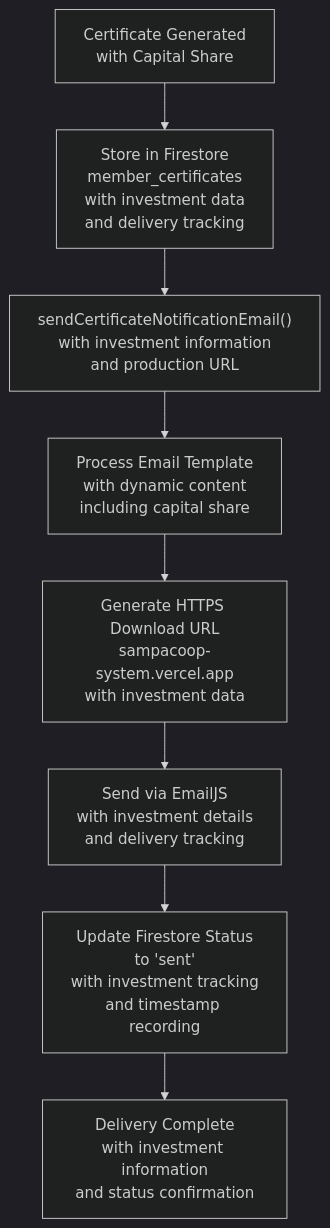
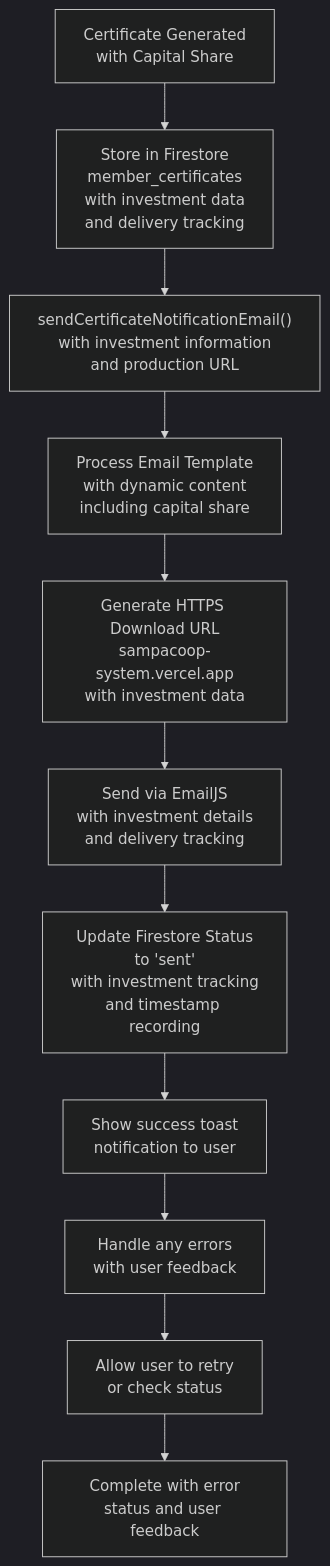
The sixth of 7 diagrams in .qoder/repowiki/en/content/Email & Notification System/Certificate Generation System.md (Unsure-bry/sampacoop_system), drawn with Mermaid (dark theme) before and after one commit. The commit also changed other lines of this file and 9 other files, not shown here.

````diff
--- a/.qoder/repowiki/en/content/Email & Notification System/Certificate Generation System.md
+++ b/.qoder/repowiki/en/content/Email & Notification System/Certificate Generation System.md
@@ -599,10 +672,13 @@
 ```mermaid
 flowchart TD
 Generate["Certificate Generated<br/>with Capital Share"] --> Store["Store in Firestore<br/>member_certificates<br/>with investment data<br/>and delivery tracking"]
 Store --> Email["sendCertificateNotificationEmail()<br/>with investment information<br/>and production URL"]
 Email --> Template["Process Email Template<br/>with dynamic content<br/>including capital share"]
 Template --> URL["Generate HTTPS Download URL<br/>sampacoop-system.vercel.app<br/>with investment data"]
 URL --> Send["Send via EmailJS<br/>with investment details<br/>and delivery tracking"]
 Send --> Track["Update Firestore Status<br/>to 'sent'<br/>with investment tracking<br/>and timestamp recording"]
-Track --> Complete["Delivery Complete<br/>with investment information<br/>and status confirmation"]
+Track --> Success["Show success toast<br/>notification to user"]
+Success --> Error["Handle any errors<br/>with user feedback"]
+Error --> Retry["Allow user to retry<br/>or check status"]
+Retry --> Complete["Complete with error<br/>status and user feedback"]
 ```
````
